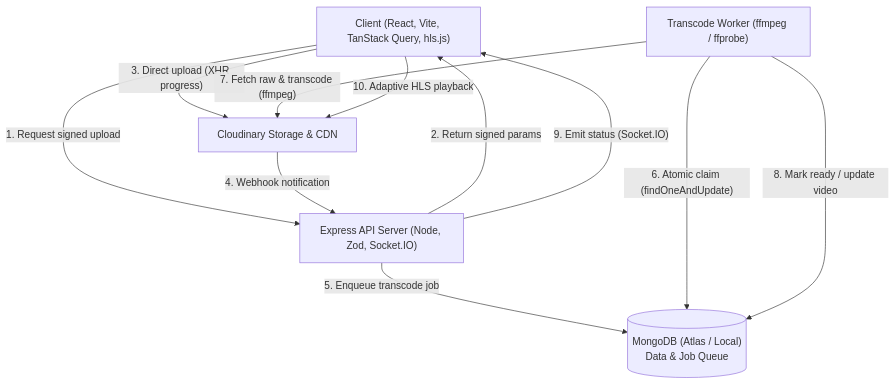
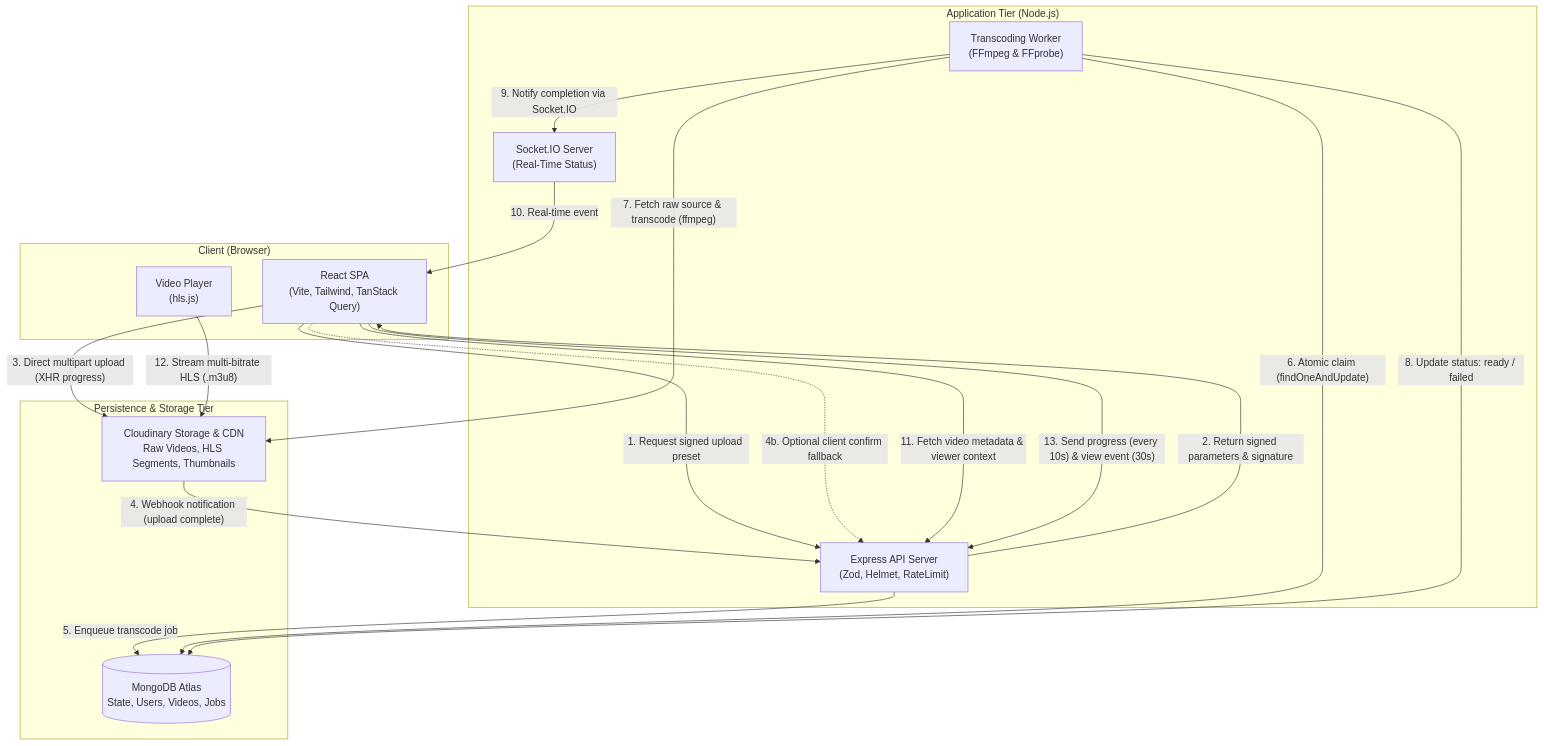
One commit to Aarav-Sukhadiya/vidstream changed the diagram in docs/architecture.md. Above: the diagram before and after it, drawn with Mermaid. The commit also changed other lines of this file and 2 other files, not shown here.

Commit message:
docs: add readme, api reference and architecture notes

````diff
--- a/docs/architecture.md
+++ b/docs/architecture.md
@@ -5,19 +9,38 @@
 ```mermaid
 flowchart TD
-    Client["Client (React, Vite, TanStack Query, hls.js)"]
-    API["Express API Server (Node, Zod, Socket.IO)"]
-    DB[("MongoDB (Atlas / Local)<br/>Data & Job Queue")]
-    Worker["Transcode Worker (ffmpeg / ffprobe)"]
-    Storage["Cloudinary Storage & CDN"]
+    subgraph Browser["Client (Browser)"]
+        UI["React SPA<br/>(Vite, Tailwind, TanStack Query)"]
+        Player["Video Player<br/>(hls.js)"]
+    end
 
-    Client -- "1. Request signed upload" --> API
-    API -- "2. Return signed params" --> Client
-    Client -- "3. Direct upload (XHR progress)" --> Storage
-    Storage -- "4. Webhook notification" --> API
-    API -- "5. Enqueue transcode job" --> DB
-    Worker -- "6. Atomic claim (findOneAndUpdate)" --> DB
-    Worker -- "7. Fetch raw & transcode (ffmpeg)" --> Storage
-    Worker -- "8. Mark ready / update video" --> DB
-    API -- "9. Emit status (Socket.IO)" --> Client
-    Client -- "10. Adaptive HLS playback" --> Storage
+    subgraph Backend["Application Tier (Node.js)"]
+        API["Express API Server<br/>(Zod, Helmet, RateLimit)"]
+        SocketIO["Socket.IO Server<br/>(Real-Time Status)"]
+        Worker["Transcoding Worker<br/>(FFmpeg & FFprobe)"]
+    end
+
+    subgraph Data["Persistence & Storage Tier"]
+        Mongo[("MongoDB Atlas<br/>State, Users, Videos, Jobs")]
+        Cloudinary["Cloudinary Storage & CDN<br/>Raw Videos, HLS Segments, Thumbnails"]
+    end
+
+    %% Upload Workflow
+    UI -- "1. Request signed upload preset" --> API
+    API -- "2. Return signed parameters & signature" --> UI
+    UI -- "3. Direct multipart upload (XHR progress)" --> Cloudinary
+    Cloudinary -- "4. Webhook notification (upload complete)" --> API
+    UI -. "4b. Optional client confirm fallback" .-> API
+    API -- "5. Enqueue transcode job" --> Mongo
+
+    %% Transcode Workflow
+    Worker -- "6. Atomic claim (findOneAndUpdate)" --> Mongo
+    Worker -- "7. Fetch raw source & transcode (ffmpeg)" --> Cloudinary
+    Worker -- "8. Update status: ready / failed" --> Mongo
+    Worker -- "9. Notify completion via Socket.IO" --> SocketIO
+    SocketIO -- "10. Real-time event" --> UI
+
+    %% Playback Workflow
+    UI -- "11. Fetch video metadata & viewer context" --> API
+    Player -- "12. Stream multi-bitrate HLS (.m3u8)" --> Cloudinary
+    UI -- "13. Send progress (every 10s) & view event (30s)" --> API
 ```
````
